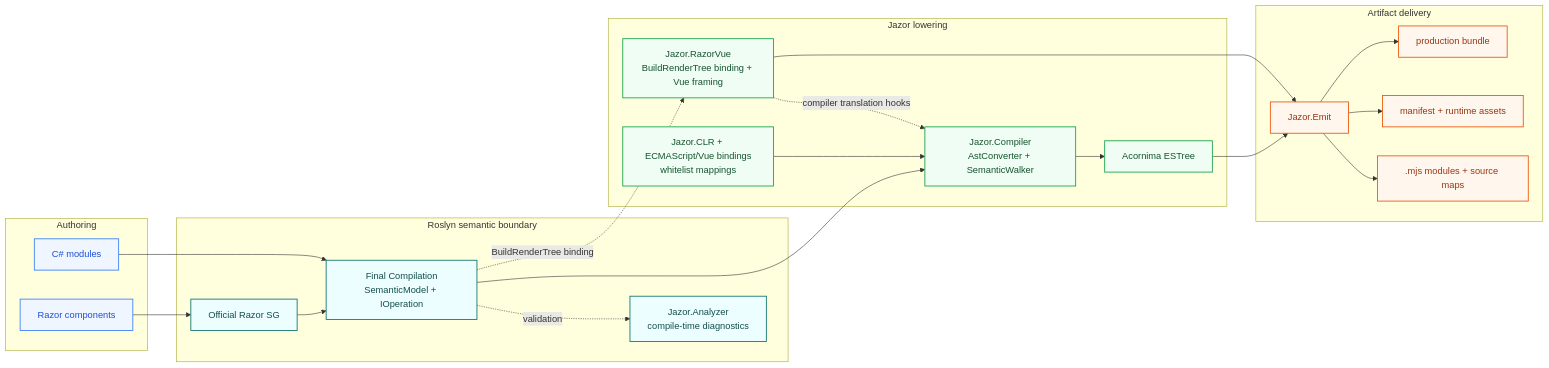
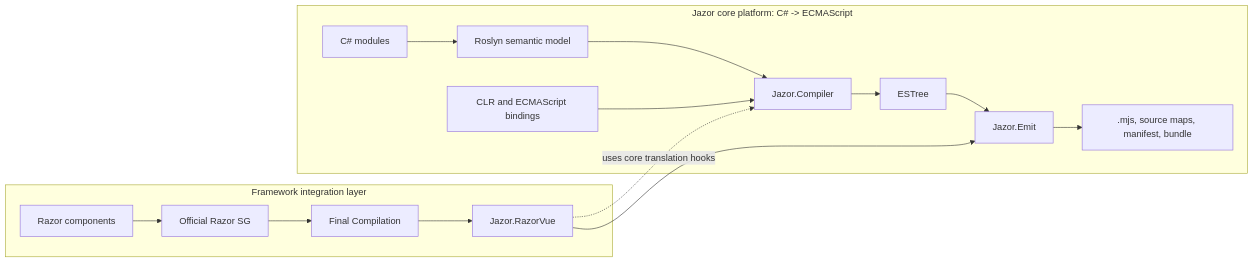
Before and after one commit to devhxj/Jazor: the diagram in README.md, drawn with Mermaid. The commit also changed other lines of this file and 263 other files, not shown here.

````diff
--- a/README.md
+++ b/README.md
@@ -56,49 +39,17 @@
 ```mermaid
 flowchart LR
-    subgraph Authoring["Authoring"]
-        CSharp["C# modules"]
-        Razor["Razor components"]
+    subgraph Core["Jazor core platform: C# -> ECMAScript"]
+        CSharp["C# modules"] --> Roslyn["Roslyn semantic model"]
+        Roslyn --> Compiler["Jazor.Compiler"]
+        Bindings["CLR and ECMAScript bindings"] --> Compiler
+        Compiler --> Ast["ESTree"] --> Emit["Jazor.Emit"]
+        Emit --> Artifacts[".mjs, source maps, manifest, bundle"]
     end
 
-    subgraph Roslyn["Roslyn semantic boundary"]
-        SG["Official Razor SG"]
-        Compilation["Final Compilation<br/>SemanticModel + IOperation"]
-        Analyzer["Jazor.Analyzer<br/>compile-time diagnostics"]
+    subgraph Integrations["Framework integration layer"]
+        Razor["Razor components"] --> RazorSG["Official Razor SG"] --> Compilation["Final Compilation"]
+        Compilation --> RazorVue["Jazor.RazorVue"]
+        RazorVue -. uses core translation hooks .-> Compiler
+        RazorVue --> Emit
     end
-
-    subgraph Lowering["Jazor lowering"]
-        Compiler["Jazor.Compiler<br/>AstConverter + SemanticWalker"]
-        RazorVue["Jazor.RazorVue<br/>BuildRenderTree binding + Vue framing"]
-        Bindings["Jazor.CLR + ECMAScript/Vue bindings<br/>whitelist mappings"]
-        ESTree["Acornima ESTree"]
-    end
-
-    subgraph Artifacts["Artifact delivery"]
-        Emit["Jazor.Emit"]
-        Modules[".mjs modules + source maps"]
-        Catalog["manifest + runtime assets"]
-        Bundle["production bundle"]
-    end
-
-    CSharp --> Compilation
-    Razor --> SG --> Compilation
-    Compilation -. validation .-> Analyzer
-    Compilation --> Compiler
-    Compilation -. BuildRenderTree binding .-> RazorVue
-    RazorVue -. compiler translation hooks .-> Compiler
-    Bindings --> Compiler
-    Compiler --> ESTree --> Emit
-    RazorVue --> Emit
-    Emit --> Modules
-    Emit --> Catalog
-    Emit --> Bundle
-
-    classDef authoring fill:#EFF6FF,stroke:#3B82F6,color:#1D4ED8,stroke-width:1.5px
-    classDef semantic fill:#ECFEFF,stroke:#0F766E,color:#134E4A,stroke-width:1.5px
-    classDef lowering fill:#F0FDF4,stroke:#16A34A,color:#14532D,stroke-width:1.5px
-    classDef artifact fill:#FFF7ED,stroke:#EA580C,color:#9A3412,stroke-width:1.5px
-    class CSharp,Razor authoring
-    class SG,Compilation,Analyzer semantic
-    class Compiler,RazorVue,Bindings,ESTree lowering
-    class Emit,Modules,Catalog,Bundle artifact
 ```
````
